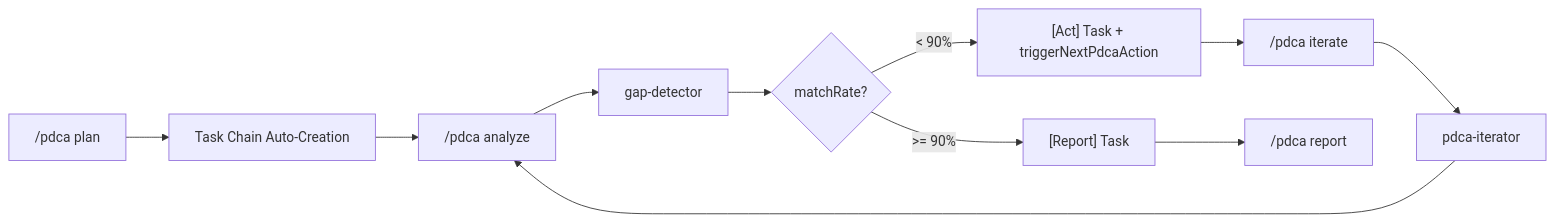
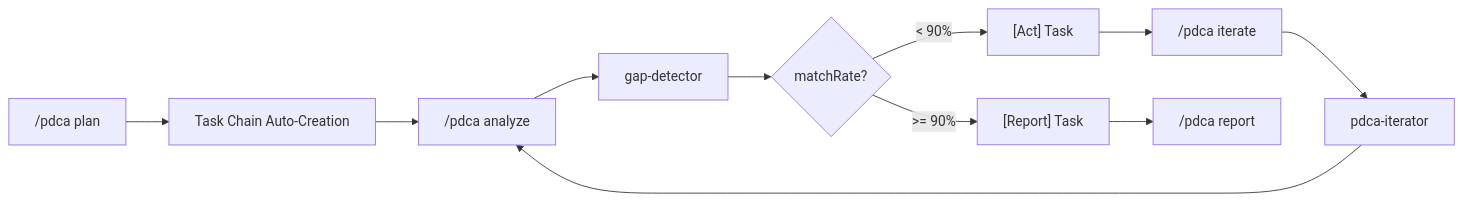
The second of 2 diagrams in bkit-system/README.md (dizzybeaver/bkit-claude-code), drawn with Mermaid before and after one commit. The commit also changed other lines of this file and 23 other files, not shown here.

````diff
--- a/bkit-system/README.md
+++ b/bkit-system/README.md
@@ -138,13 +137,13 @@
 ```mermaid
 flowchart LR
     A["/pdca plan"] --> T["Task Chain Auto-Creation"]
     T --> B["/pdca analyze"]
     B --> C["gap-detector"]
     C --> D{"matchRate?"}
-    D -->|"< 90%"| E["[Act] Task + triggerNextPdcaAction"]
+    D -->|"< 90%"| E["[Act] Task"]
     D -->|">= 90%"| F["[Report] Task"]
     E --> G["/pdca iterate"]
     G --> H["pdca-iterator"]
     H --> B
     F --> I["/pdca report"]
 ```
````
